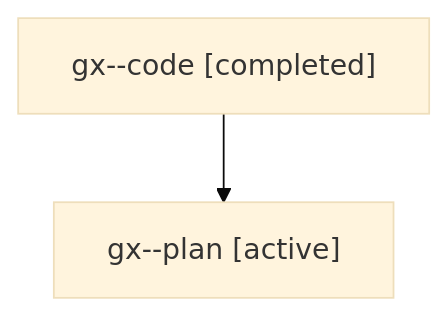
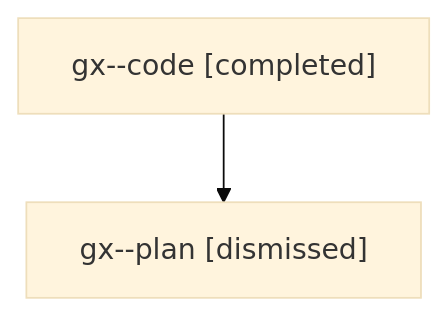
Before and after one commit to sase-org/sase--agents: the diagram in sessions/bbugyi200.athena.gx.md, drawn with Mermaid (base theme). The commit also changed other lines of this file and 74 other files, not shown here.

````diff
--- a/sessions/bbugyi200.athena.gx.md
+++ b/sessions/bbugyi200.athena.gx.md
@@ -9,6 +9,6 @@
 ```mermaid
 flowchart TD
   n0["gx--code [completed]"]
-  n1["gx--plan [active]"]
+  n1["gx--plan [dismissed]"]
   n0 --> n1
 ```
````
